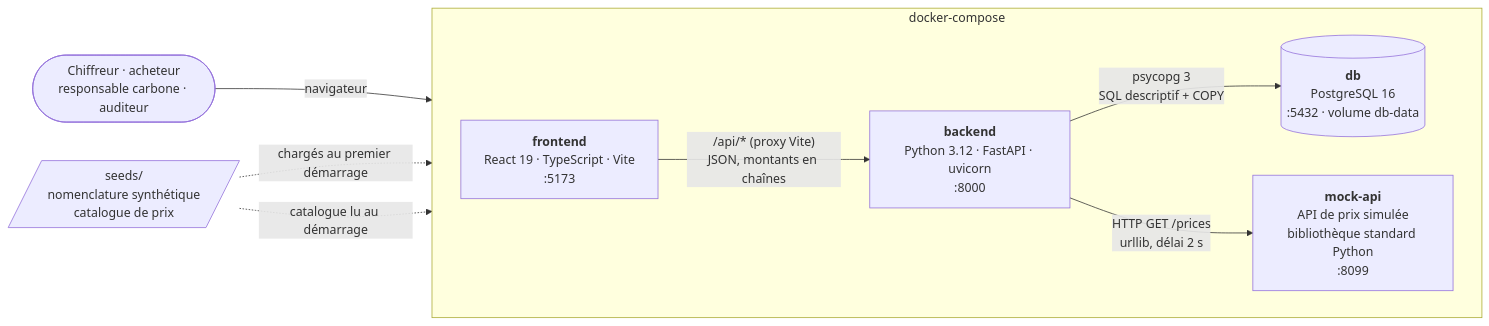
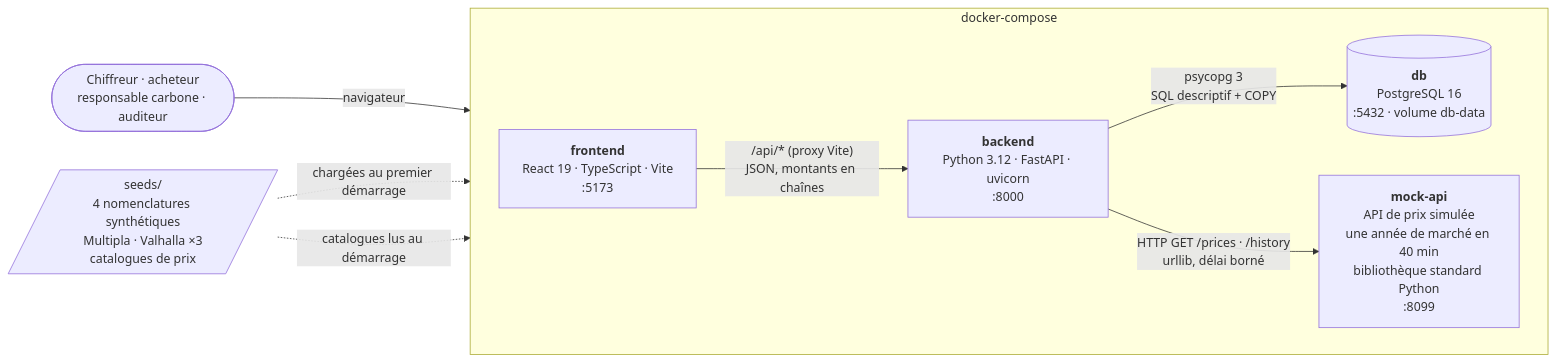
The first of 3 diagrams in car-cost/docs/architecture.md (3-Istor/NLPF), drawn with Mermaid before and after one commit. The commit also changed other lines of this file, not shown here.

````diff
--- a/car-cost/docs/architecture.md
+++ b/car-cost/docs/architecture.md
@@ -17,21 +19,21 @@
 ```mermaid
 flowchart LR
     user(["Chiffreur · acheteur<br/>responsable carbone · auditeur"])
 
     subgraph compose["docker-compose"]
         direction LR
         front["<b>frontend</b><br/>React 19 · TypeScript · Vite<br/>:5173"]
         back["<b>backend</b><br/>Python 3.12 · FastAPI · uvicorn<br/>:8000"]
         db[("<b>db</b><br/>PostgreSQL 16<br/>:5432 · volume db-data")]
-        mock["<b>mock-api</b><br/>API de prix simulée<br/>bibliothèque standard Python<br/>:8099"]
+        mock["<b>mock-api</b><br/>API de prix simulée<br/>une année de marché en 40 min<br/>bibliothèque standard Python<br/>:8099"]
     end
 
-    seeds[/"seeds/<br/>nomenclature synthétique<br/>catalogue de prix"/]
+    seeds[/"seeds/<br/>4 nomenclatures synthétiques<br/>Multipla · Valhalla ×3<br/>catalogues de prix"/]
 
     user -- "navigateur" --> front
     front -- "/api/* (proxy Vite)<br/>JSON, montants en chaînes" --> back
     back -- "psycopg 3<br/>SQL descriptif + COPY" --> db
-    back -- "HTTP GET /prices<br/>urllib, délai 2 s" --> mock
-    seeds -. "chargés au premier démarrage" .-> db
-    seeds -. "catalogue lu au démarrage" .-> mock
+    back -- "HTTP GET /prices · /history<br/>urllib, délai borné" --> mock
+    seeds -. "chargées au premier démarrage" .-> db
+    seeds -. "catalogues lus au démarrage" .-> mock
 ```
````
